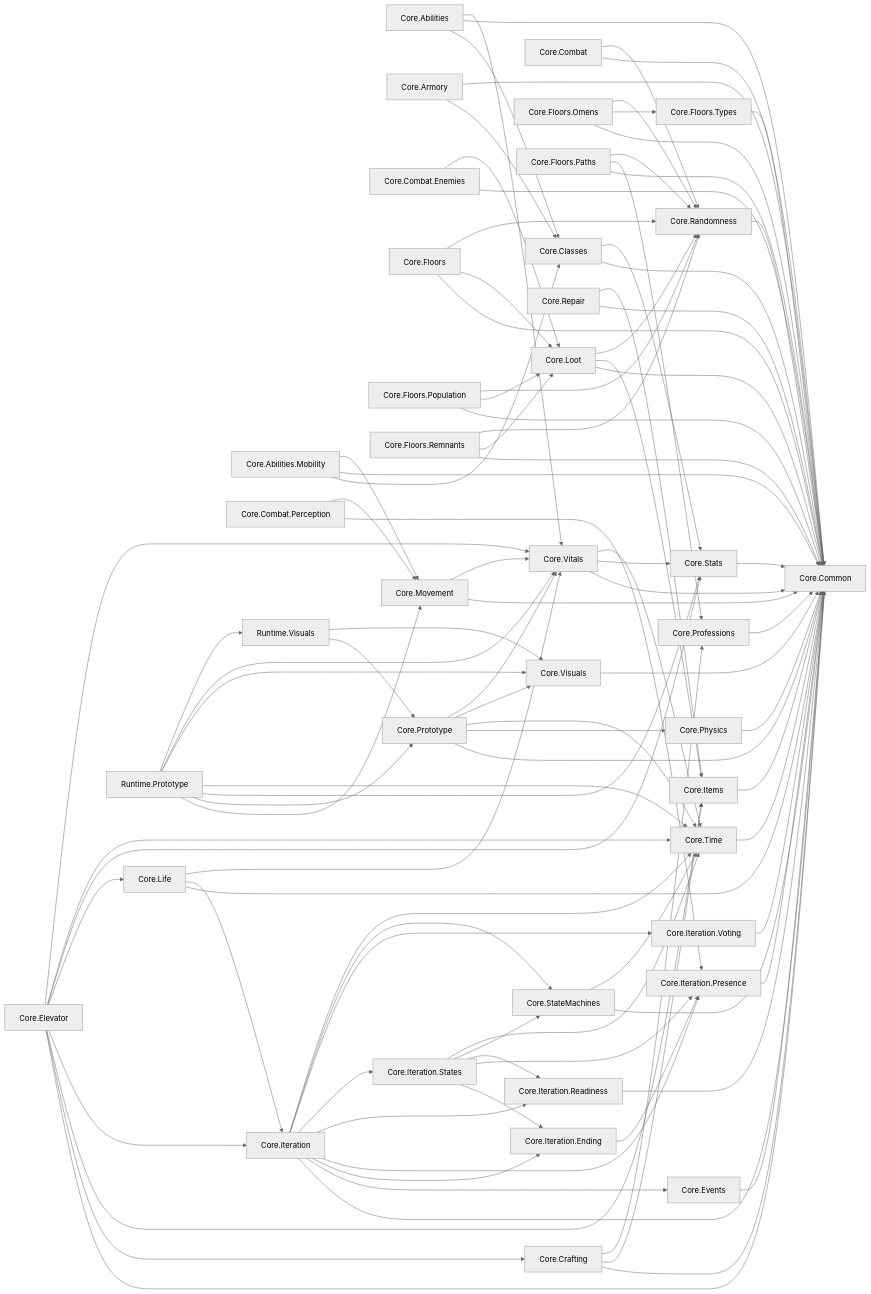
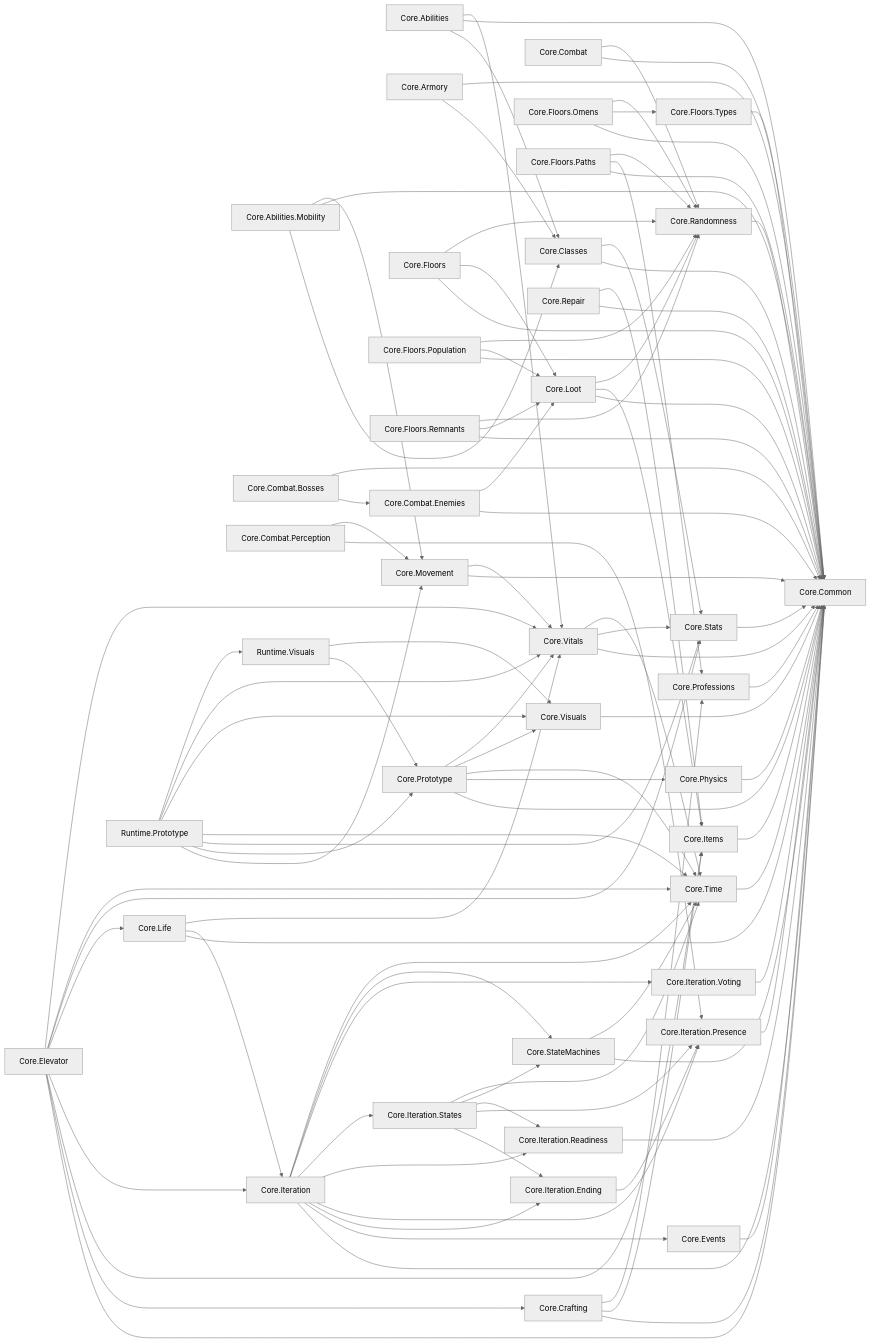
The diagram in docs/arquitectura/GRAFO.md (LazaroPol/Acensor), drawn with Mermaid (neutral theme) before and after one commit. The commit also changed 11 other files, not shown here.

````diff
--- a/docs/arquitectura/GRAFO.md
+++ b/docs/arquitectura/GRAFO.md
@@ -5,80 +5,82 @@
 ```mermaid
 flowchart LR
   n0["Core.Abilities"]
   n1["Core.Abilities.Mobility"]
   n2["Core.Armory"]
   n3["Core.Classes"]
   n4["Core.Combat"]
-  n5["Core.Combat.Enemies"]
-  n6["Core.Combat.Perception"]
-  n7["Core.Common"]
-  n8["Core.Crafting"]
-  n9["Core.Elevator"]
-  n10["Core.Events"]
-  n11["Core.Floors"]
-  n12["Core.Floors.Omens"]
-  n13["Core.Floors.Paths"]
-  n14["Core.Floors.Population"]
-  n15["Core.Floors.Remnants"]
-  n16["Core.Floors.Types"]
-  n17["Core.Items"]
-  n18["Core.Iteration"]
-  n19["Core.Iteration.Ending"]
-  n20["Core.Iteration.Presence"]
-  n21["Core.Iteration.Readiness"]
-  n22["Core.Iteration.States"]
-  n23["Core.Iteration.Voting"]
-  n24["Core.Life"]
-  n25["Core.Loot"]
-  n26["Core.Movement"]
-  n27["Core.Physics"]
-  n28["Core.Professions"]
-  n29["Core.Prototype"]
-  n30["Core.Randomness"]
-  n31["Core.Repair"]
-  n32["Core.StateMachines"]
-  n33["Core.Stats"]
-  n34["Core.Time"]
-  n35["Core.Visuals"]
-  n36["Core.Vitals"]
-  n37["Runtime.Prototype"]
-  n38["Runtime.Visuals"]
-  n0 --> n3 & n7 & n36
-  n1 --> n3 & n7 & n26
-  n2 --> n3 & n7
-  n3 --> n7 & n33
-  n4 --> n7 & n30
-  n5 --> n7 & n25
-  n6 --> n20 & n26
-  n8 --> n7 & n17 & n28
-  n9 --> n7 & n8 & n17 & n18 & n24 & n33 & n34 & n36
-  n10 --> n7
-  n11 --> n7 & n25 & n30
-  n12 --> n7 & n16 & n30
-  n13 --> n7 & n28 & n30
-  n14 --> n7 & n25 & n30
-  n15 --> n7 & n25 & n30
-  n16 --> n7
-  n17 --> n7
-  n18 --> n7 & n10 & n19 & n20 & n21 & n22 & n23 & n32 & n34
-  n19 --> n20
-  n20 --> n7
-  n21 --> n7
-  n22 --> n19 & n20 & n21 & n32 & n34
-  n23 --> n7
-  n24 --> n7 & n18 & n36
-  n25 --> n7 & n17 & n30
-  n26 --> n7 & n36
-  n27 --> n7
-  n28 --> n7
-  n29 --> n7 & n27 & n34 & n35 & n36
-  n30 --> n7
-  n31 --> n7 & n17
-  n32 --> n7 & n34
-  n33 --> n7
-  n34 --> n7
-  n35 --> n7
-  n36 --> n7 & n33 & n34
-  n37 --> n26 & n29 & n33 & n34 & n35 & n36 & n38
-  n38 --> n29 & n35
+  n5["Core.Combat.Bosses"]
+  n6["Core.Combat.Enemies"]
+  n7["Core.Combat.Perception"]
+  n8["Core.Common"]
+  n9["Core.Crafting"]
+  n10["Core.Elevator"]
+  n11["Core.Events"]
+  n12["Core.Floors"]
+  n13["Core.Floors.Omens"]
+  n14["Core.Floors.Paths"]
+  n15["Core.Floors.Population"]
+  n16["Core.Floors.Remnants"]
+  n17["Core.Floors.Types"]
+  n18["Core.Items"]
+  n19["Core.Iteration"]
+  n20["Core.Iteration.Ending"]
+  n21["Core.Iteration.Presence"]
+  n22["Core.Iteration.Readiness"]
+  n23["Core.Iteration.States"]
+  n24["Core.Iteration.Voting"]
+  n25["Core.Life"]
+  n26["Core.Loot"]
+  n27["Core.Movement"]
+  n28["Core.Physics"]
+  n29["Core.Professions"]
+  n30["Core.Prototype"]
+  n31["Core.Randomness"]
+  n32["Core.Repair"]
+  n33["Core.StateMachines"]
+  n34["Core.Stats"]
+  n35["Core.Time"]
+  n36["Core.Visuals"]
+  n37["Core.Vitals"]
+  n38["Runtime.Prototype"]
+  n39["Runtime.Visuals"]
+  n0 --> n3 & n8 & n37
+  n1 --> n3 & n8 & n27
+  n2 --> n3 & n8
+  n3 --> n8 & n34
+  n4 --> n8 & n31
+  n5 --> n6 & n8
+  n6 --> n8 & n26
+  n7 --> n21 & n27
+  n9 --> n8 & n18 & n29
+  n10 --> n8 & n9 & n18 & n19 & n25 & n34 & n35 & n37
+  n11 --> n8
+  n12 --> n8 & n26 & n31
+  n13 --> n8 & n17 & n31
+  n14 --> n8 & n29 & n31
+  n15 --> n8 & n26 & n31
+  n16 --> n8 & n26 & n31
+  n17 --> n8
+  n18 --> n8
+  n19 --> n8 & n11 & n20 & n21 & n22 & n23 & n24 & n33 & n35
+  n20 --> n21
+  n21 --> n8
+  n22 --> n8
+  n23 --> n20 & n21 & n22 & n33 & n35
+  n24 --> n8
+  n25 --> n8 & n19 & n37
+  n26 --> n8 & n18 & n31
+  n27 --> n8 & n37
+  n28 --> n8
+  n29 --> n8
+  n30 --> n8 & n28 & n35 & n36 & n37
+  n31 --> n8
+  n32 --> n8 & n18
+  n33 --> n8 & n35
+  n34 --> n8
+  n35 --> n8
+  n36 --> n8
+  n37 --> n8 & n34 & n35
+  n38 --> n27 & n30 & n34 & n35 & n36 & n37 & n39
+  n39 --> n30 & n36
 ```
````
